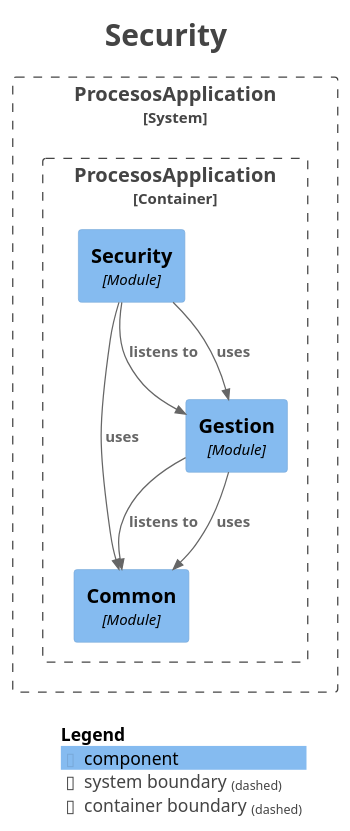
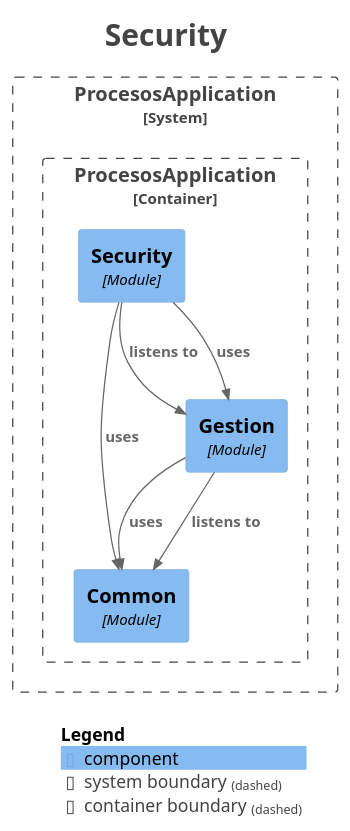
One commit to AndresContreras1/bpmn-process-manager-api changed the diagram in docs/modules/module-security.puml. Above: the diagram before and after it, drawn with PlantUML. The commit also changed other lines of this file and 52 other files, not shown here.

```diff
--- a/docs/modules/module-security.puml
+++ b/docs/modules/module-security.puml
@@ -1,35 +1,35 @@
 @startuml
 title <size:24>Security</size>
 
 set separator none
 top to bottom direction
 
 <style>
   root {
     BackgroundColor: #ffffff
     FontColor: #444444
   }
 </style>
 
 !include <C4/C4>
 !include <C4/C4_Context>
 !include <C4/C4_Component>
 
 System_Boundary("ProcesosApplication_boundary", "ProcesosApplication", $tags="") {
   Container_Boundary("ProcesosApplication.ProcesosApplication_boundary", "ProcesosApplication", $tags="") {
     Component(ProcesosApplication.ProcesosApplication.Common, "Common", $techn="Module", $descr="", $tags="", $link="")
     Component(ProcesosApplication.ProcesosApplication.Gestion, "Gestion", $techn="Module", $descr="", $tags="", $link="")
     Component(ProcesosApplication.ProcesosApplication.Security, "Security", $techn="Module", $descr="", $tags="", $link="")
   }
 
 }
 
+Rel(ProcesosApplication.ProcesosApplication.Gestion, ProcesosApplication.ProcesosApplication.Common, "uses", $techn="", $tags="", $link="")
 Rel(ProcesosApplication.ProcesosApplication.Security, ProcesosApplication.ProcesosApplication.Gestion, "listens to", $techn="", $tags="", $link="")
 Rel(ProcesosApplication.ProcesosApplication.Security, ProcesosApplication.ProcesosApplication.Gestion, "uses", $techn="", $tags="", $link="")
 Rel(ProcesosApplication.ProcesosApplication.Security, ProcesosApplication.ProcesosApplication.Common, "uses", $techn="", $tags="", $link="")
 Rel(ProcesosApplication.ProcesosApplication.Gestion, ProcesosApplication.ProcesosApplication.Common, "listens to", $techn="", $tags="", $link="")
-Rel(ProcesosApplication.ProcesosApplication.Gestion, ProcesosApplication.ProcesosApplication.Common, "uses", $techn="", $tags="", $link="")
 
 SHOW_LEGEND(true)
 hide stereotypes
 @enduml
```
